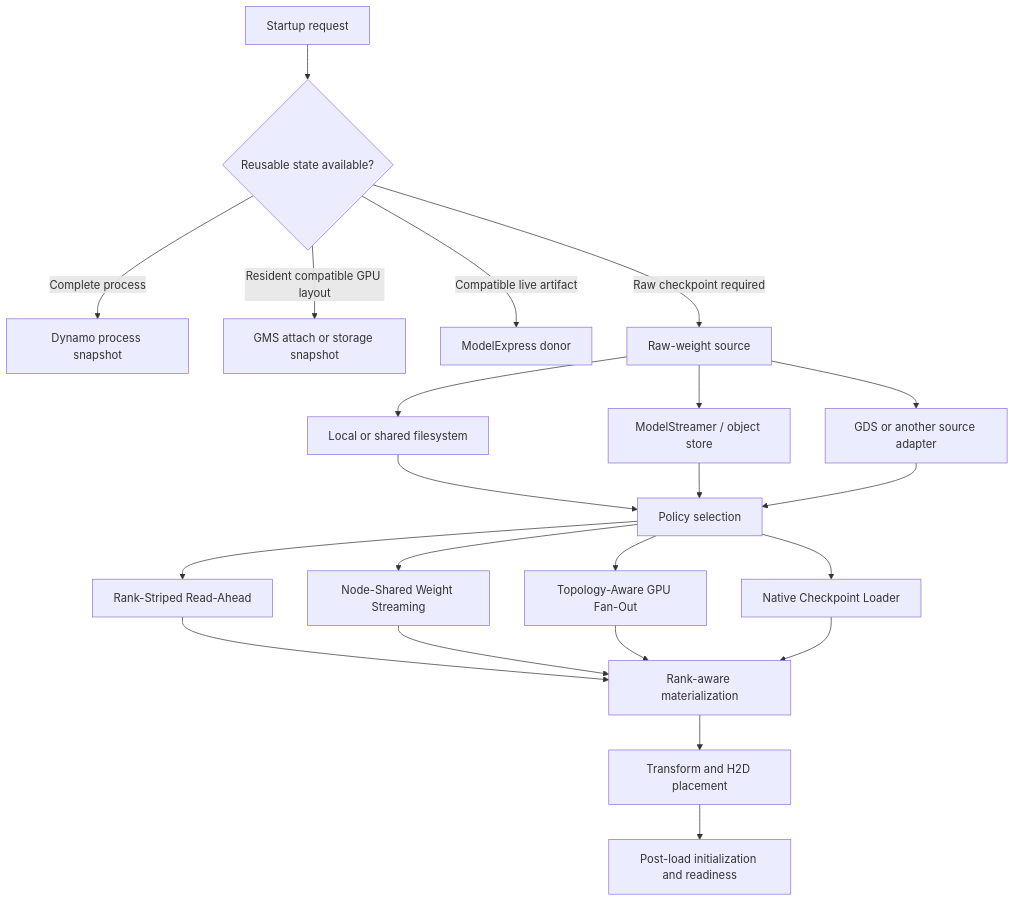
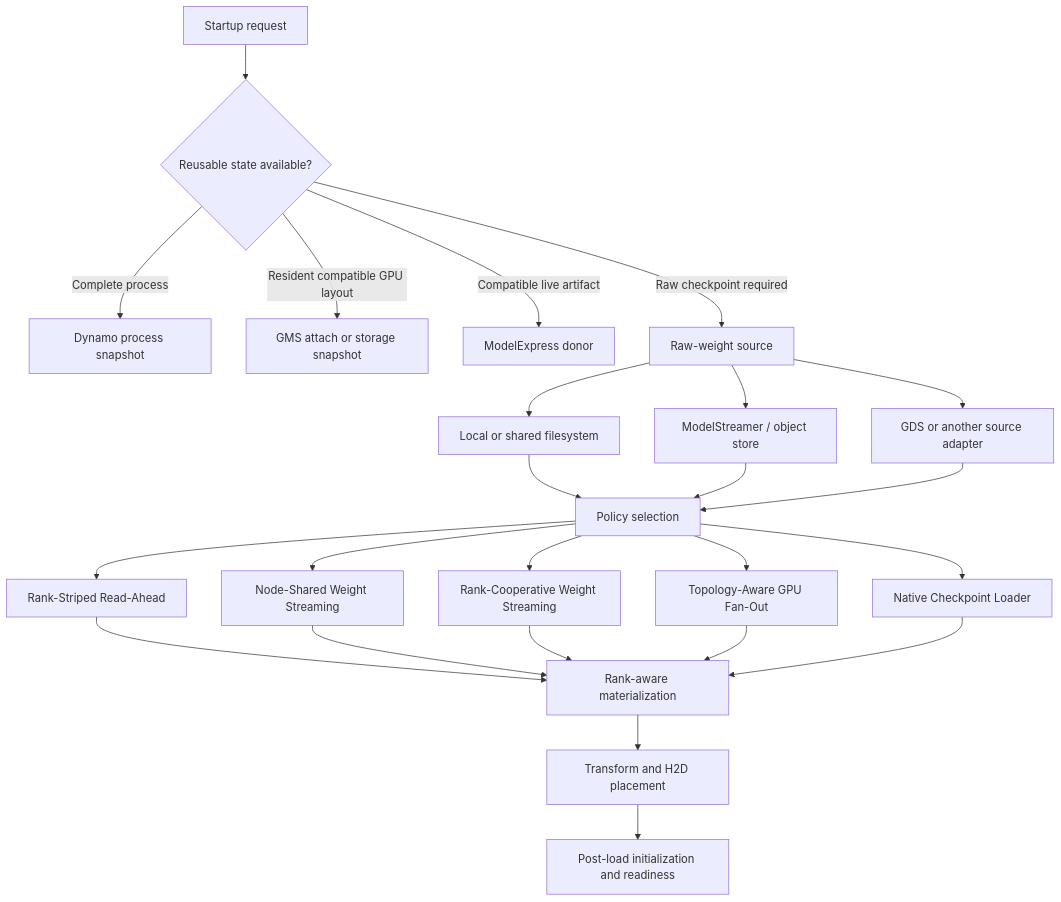
The first of 5 diagrams in docs/design/rank-cooperative-checkpoint-loading/design.md (chienchunhung/TensorRT-LLM), drawn with Mermaid before and after one commit. The commit also changed other lines of this file and 2 other files, not shown here.

Commit message:
docs: distinguish checkpoint loading pipelines

````diff
--- a/docs/design/rank-cooperative-checkpoint-loading/design.md
+++ b/docs/design/rank-cooperative-checkpoint-loading/design.md
@@ -148,28 +150,30 @@
 ```mermaid
 flowchart TD
     A["Startup request"] --> B{"Reusable state available?"}
     B -->|"Complete process"| C["Dynamo process snapshot"]
     B -->|"Resident compatible GPU layout"| D["GMS attach or storage snapshot"]
     B -->|"Compatible live artifact"| E["ModelExpress donor"]
     B -->|"Raw checkpoint required"| F["Raw-weight source"]
 
     F --> F1["Local or shared filesystem"]
     F --> F2["ModelStreamer / object store"]
     F --> F3["GDS or another source adapter"]
 
     F1 --> G["Policy selection"]
     F2 --> G
     F3 --> G
 
     G --> G1["Rank-Striped Read-Ahead"]
     G --> G2["Node-Shared Weight Streaming"]
-    G --> G3["Topology-Aware GPU Fan-Out"]
-    G --> G4["Native Checkpoint Loader"]
+    G --> G3["Rank-Cooperative Weight Streaming"]
+    G --> G4["Topology-Aware GPU Fan-Out"]
+    G --> G5["Native Checkpoint Loader"]
 
     G1 --> H["Rank-aware materialization"]
     G2 --> H
     G3 --> H
     G4 --> H
+    G5 --> H
     H --> I["Transform and H2D placement"]
     I --> J["Post-load initialization and readiness"]
 ```
````
